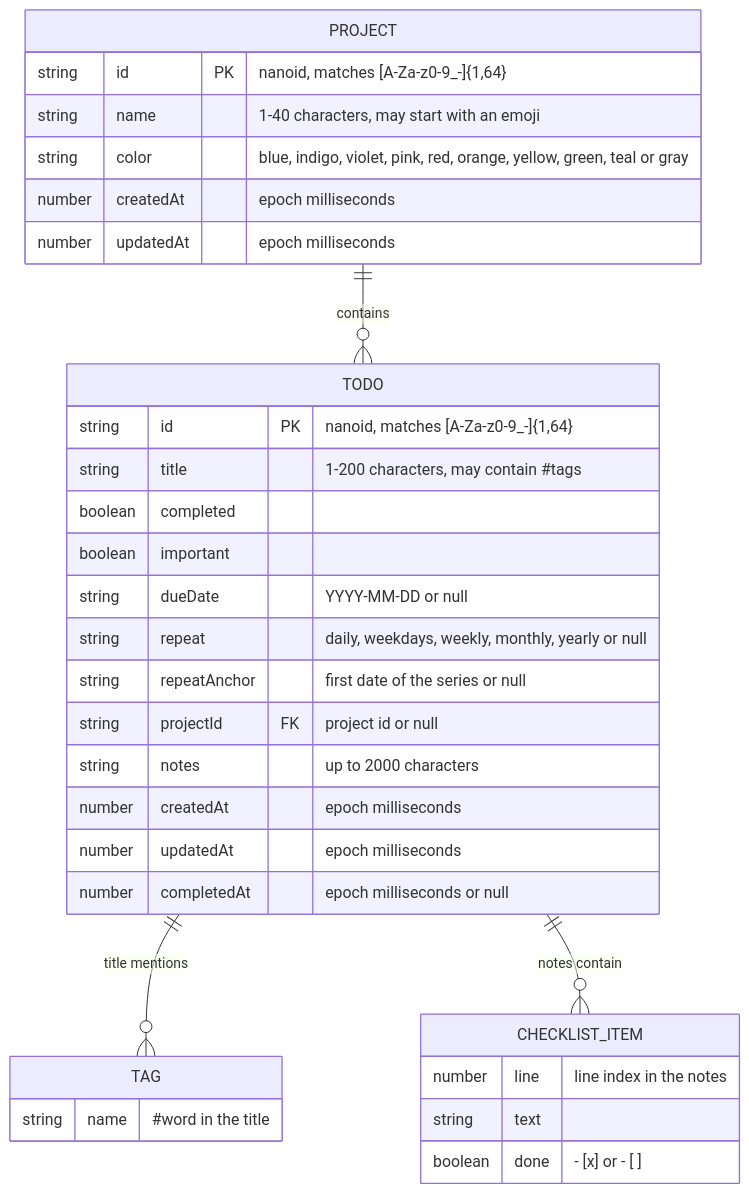
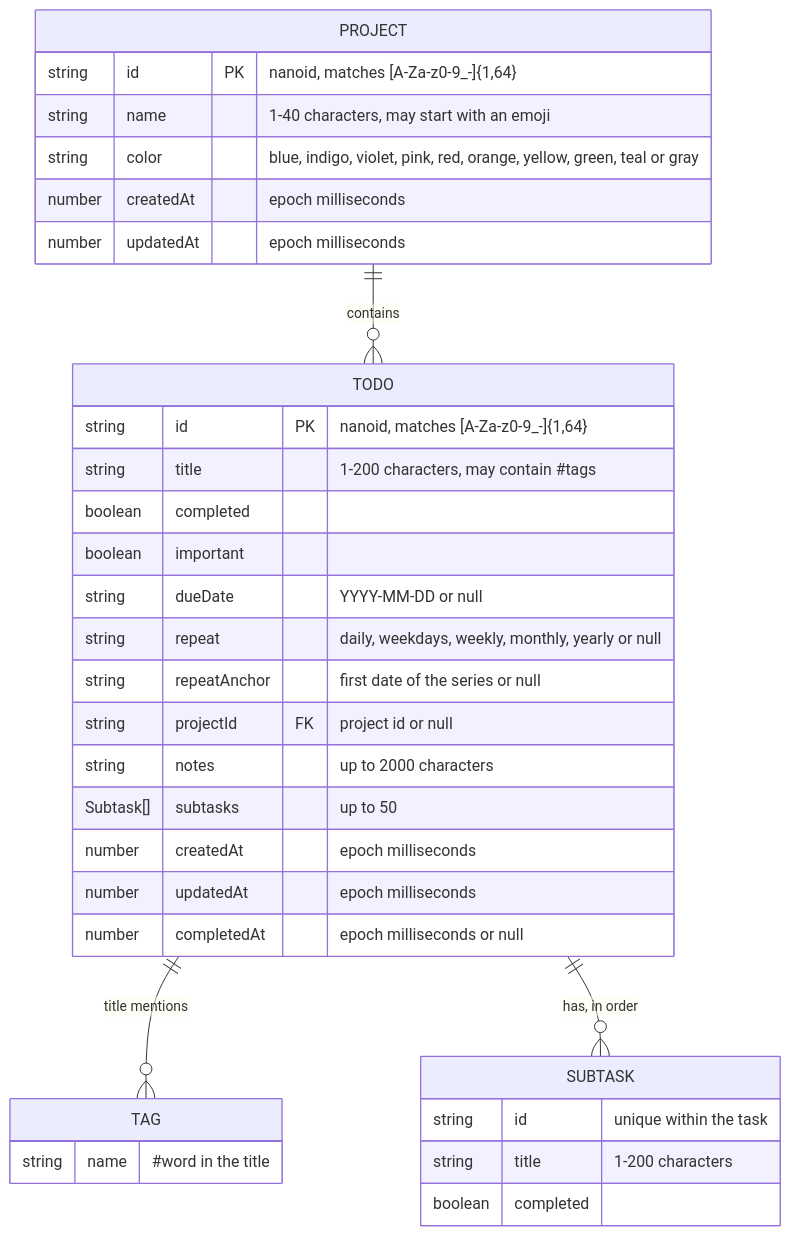
The third of 10 diagrams in docs/architecture.md (sacrificed666/react-todo-app), drawn with Mermaid before and after one commit. The commit also changed other lines of this file and 200 other files, not shown here.

````diff
--- a/docs/architecture.md
+++ b/docs/architecture.md
@@ -115,35 +115,36 @@
 ```mermaid
 erDiagram
   PROJECT {
     string id PK "nanoid, matches [A-Za-z0-9_-]{1,64}"
     string name "1-40 characters, may start with an emoji"
     string color "blue, indigo, violet, pink, red, orange, yellow, green, teal or gray"
     number createdAt "epoch milliseconds"
     number updatedAt "epoch milliseconds"
   }
   TODO {
     string id PK "nanoid, matches [A-Za-z0-9_-]{1,64}"
     string title "1-200 characters, may contain #tags"
     boolean completed
     boolean important
     string dueDate "YYYY-MM-DD or null"
     string repeat "daily, weekdays, weekly, monthly, yearly or null"
     string repeatAnchor "first date of the series or null"
     string projectId FK "project id or null"
     string notes "up to 2000 characters"
+    Subtask[] subtasks "up to 50"
     number createdAt "epoch milliseconds"
     number updatedAt "epoch milliseconds"
     number completedAt "epoch milliseconds or null"
   }
   TAG {
     string name "#word in the title"
   }
-  CHECKLIST_ITEM {
-    number line "line index in the notes"
-    string text
-    boolean done "- [x] or - [ ]"
+  SUBTASK {
+    string id "unique within the task"
+    string title "1-200 characters"
+    boolean completed
   }
   PROJECT ||--o{ TODO : "contains"
   TODO ||--o{ TAG : "title mentions"
-  TODO ||--o{ CHECKLIST_ITEM : "notes contain"
+  TODO ||--o{ SUBTASK : "has, in order"
 ```
````
